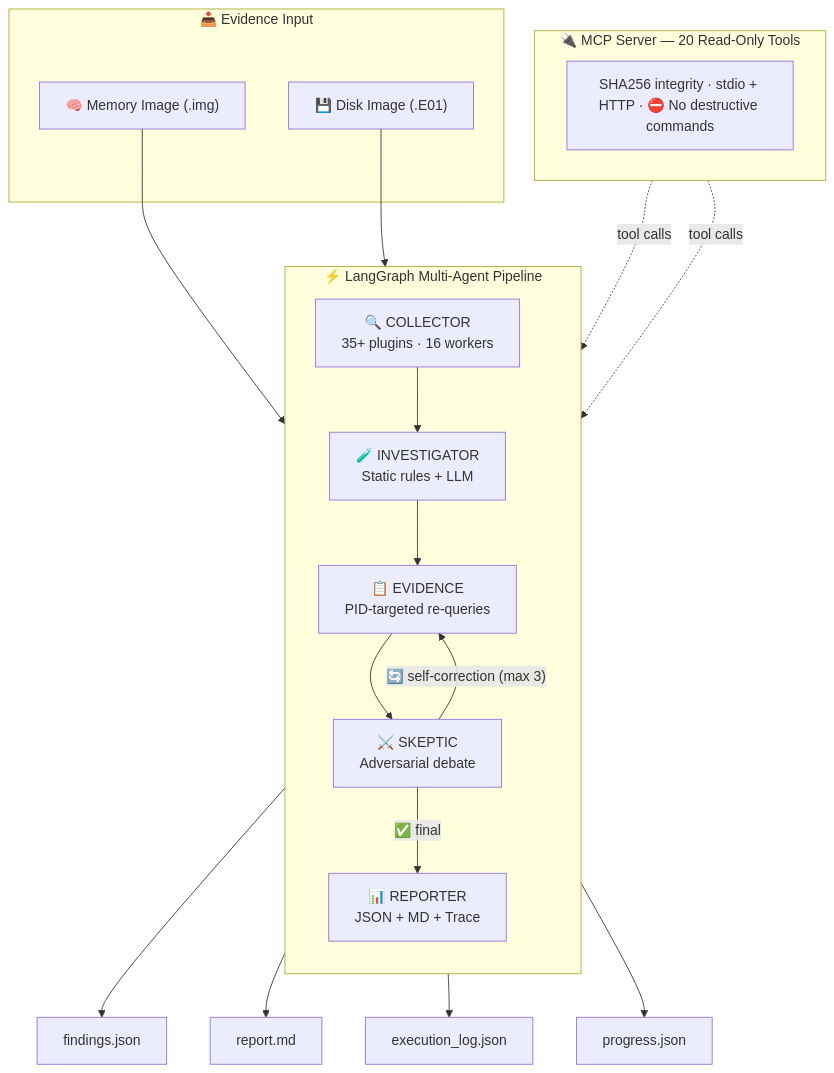
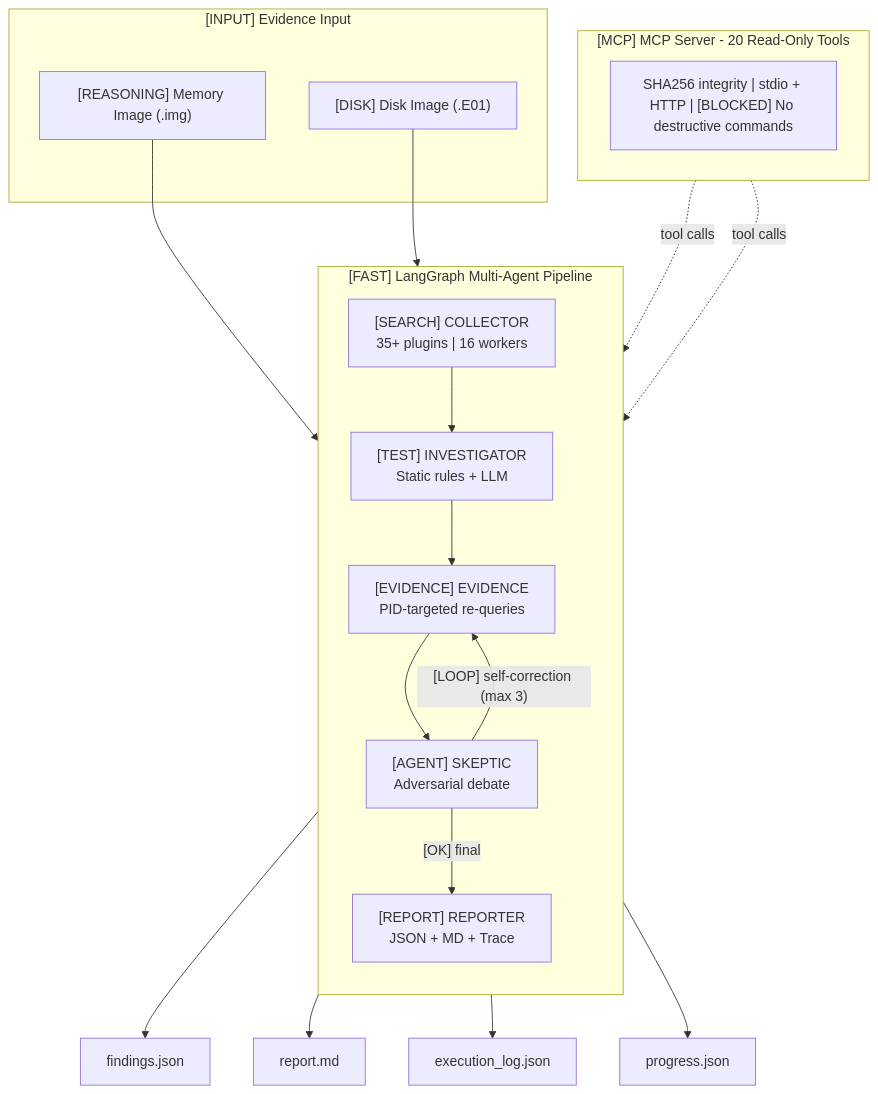
Before and after one commit to romilp619/Phantom-DFIR: the diagram in README.md, drawn with Mermaid. The commit also changed other lines of this file and 5 other files, not shown here.

Commit message:
Add memory self-correction final logs

````diff
--- a/README.md
+++ b/README.md
@@ -588,30 +588,30 @@
 ```mermaid
 flowchart TB
-    subgraph INPUT["📥 Evidence Input"]
-        MEM["🧠 Memory Image (.img)"]
-        DISK["💾 Disk Image (.E01)"]
+    subgraph INPUT["[INPUT] Evidence Input"]
+        MEM["[REASONING] Memory Image (.img)"]
+        DISK["[DISK] Disk Image (.E01)"]
     end
 
-    subgraph PIPELINE["⚡ LangGraph Multi-Agent Pipeline"]
+    subgraph PIPELINE["[FAST] LangGraph Multi-Agent Pipeline"]
         direction TB
-        COL["🔍 COLLECTOR\n35+ plugins · 16 workers"]
-        INV["🧪 INVESTIGATOR\nStatic rules + LLM"]
-        EVD["📋 EVIDENCE\nPID-targeted re-queries"]
-        SKP["⚔️ SKEPTIC\nAdversarial debate"]
-        RPT["📊 REPORTER\nJSON + MD + Trace"]
+        COL["[SEARCH] COLLECTOR\n35+ plugins | 16 workers"]
+        INV["[TEST] INVESTIGATOR\nStatic rules + LLM"]
+        EVD["[EVIDENCE] EVIDENCE\nPID-targeted re-queries"]
+        SKP["[AGENT] SKEPTIC\nAdversarial debate"]
+        RPT["[REPORT] REPORTER\nJSON + MD + Trace"]
 
         COL --> INV --> EVD --> SKP
-        SKP -->|"🔄 self-correction (max 3)"| EVD
-        SKP -->|"✅ final"| RPT
+        SKP -->|"[LOOP] self-correction (max 3)"| EVD
+        SKP -->|"[OK] final"| RPT
     end
 
-    subgraph MCP["🔌 MCP Server — 20 Read-Only Tools"]
-        TOOLS["SHA256 integrity · stdio + HTTP · ⛔ No destructive commands"]
+    subgraph MCP["[MCP] MCP Server - 20 Read-Only Tools"]
+        TOOLS["SHA256 integrity | stdio + HTTP | [BLOCKED] No destructive commands"]
     end
 
     MEM --> COL
     DISK --> COL
     MCP -.->|tool calls| COL
     MCP -.->|tool calls| EVD
     RPT --> O1["findings.json"] & O2["report.md"] & O3["execution_log.json"] & O4["progress.json"]
 ```
````
